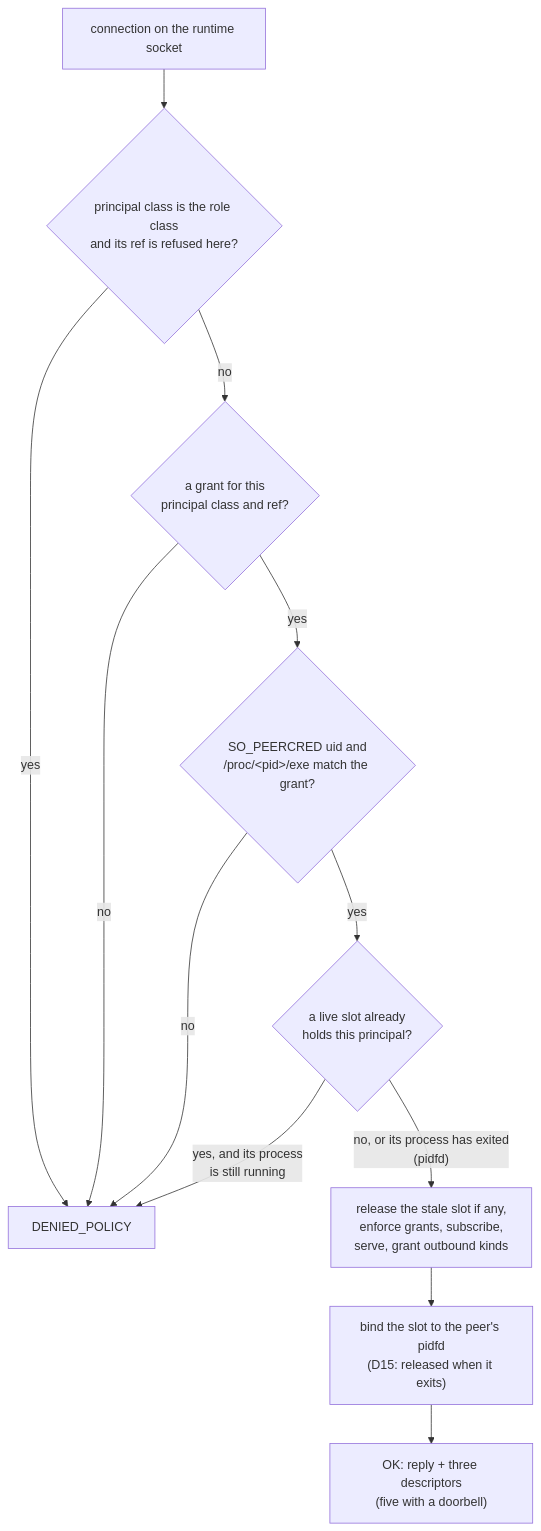
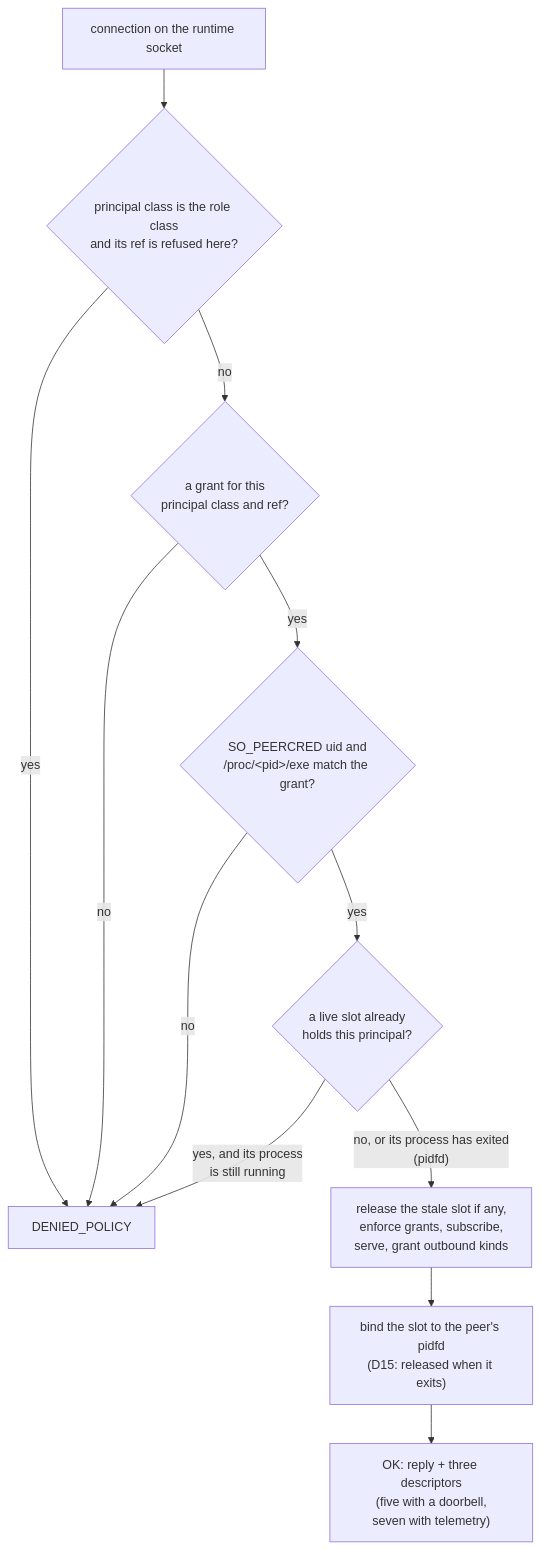
Before and after one commit to RakuenSoftware/ouroboros-ring: the second of 2 diagrams in docs/attach-and-admission.md, drawn with Mermaid. The commit also changed other lines of this file and 10 other files, not shown here.

````diff
--- a/docs/attach-and-admission.md
+++ b/docs/attach-and-admission.md
@@ -96,14 +101,14 @@
 ```mermaid
 flowchart TB
     conn["connection on the runtime socket"] --> role{"principal class is the role class<br/>and its ref is refused here?"}
     role -- yes --> deny["DENIED_POLICY"]
     role -- no --> grant{"a grant for this<br/>principal class and ref?"}
     grant -- no --> deny
     grant -- yes --> peer{"SO_PEERCRED uid and<br/>/proc/&lt;pid&gt;/exe match the grant?"}
     peer -- no --> deny
     peer -- yes --> dup{"a live slot already<br/>holds this principal?"}
     dup -- "yes, and its process<br/>is still running" --> deny
     dup -- "no, or its process has exited<br/>(pidfd)" --> bind["release the stale slot if any,<br/>enforce grants, subscribe,<br/>serve, grant outbound kinds"]
     bind --> live["bind the slot to the peer's pidfd<br/>(D15: released when it exits)"]
-    live --> ok["OK: reply + three descriptors<br/>(five with a doorbell)"]
+    live --> ok["OK: reply + three descriptors<br/>(five with a doorbell,<br/>seven with telemetry)"]
 ```
````
